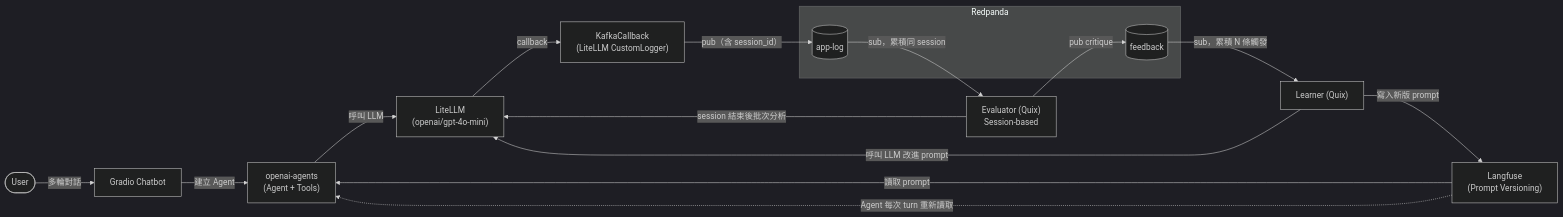
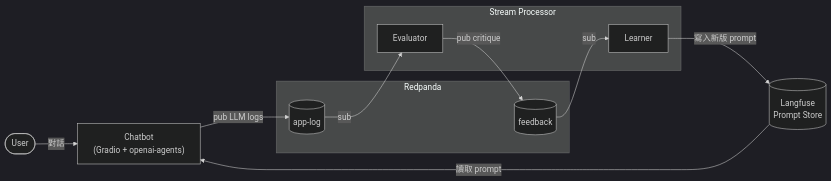
Before and after one commit to zhowzeng/flywheel: the first of 2 diagrams in docs/plan.md, drawn with Mermaid (dark theme).

Commit message:
refactor: update flowchart in POC plan for improved clarity and structure

````diff
--- a/docs/plan.md
+++ b/docs/plan.md
@@ -13,34 +13,26 @@
 ```mermaid
 flowchart LR
     User(["User"])
-    UI["Gradio Chatbot"]
-    Agent["openai-agents\n(Agent + Tools)"]
-    LLM["LiteLLM\n(openai/gpt-4o-mini)"]
-    CB["KafkaCallback\n(LiteLLM CustomLogger)"]
-    LF["Langfuse\n(Prompt Versioning)"]
 
-    subgraph Redpanda
+    Chatbot["Chatbot\n(Gradio + openai-agents)"]
+
+    Langfuse[("Langfuse\nPrompt Store")]
+
+    subgraph Redpanda["Redpanda"]
         AL[("app-log")]
         FB[("feedback")]
     end
 
-    EV["Evaluator (Quix)\nSession-based"]
-    LR["Learner (Quix)"]
+    subgraph StreamProcessor["Stream Processor"]
+        EV["Evaluator"]
+        LR["Learner"]
+    end
 
-    User -->|多輪對話| UI
-    UI -->|建立 Agent| Agent
-    LF -->|讀取 prompt| Agent
-    Agent -->|呼叫 LLM| LLM
-    LLM -->|callback| CB
-    CB -->|pub（含 session_id）| AL
-
-    AL -->|sub，累積同 session| EV
-    EV -->|session 結束後批次分析| LLM
-    EV -->|pub critique| FB
-
-    FB -->|sub，累積 N 條觸發| LR
-    LR -->|呼叫 LLM 改進 prompt| LLM
-    LR -->|寫入新版 prompt| LF
-
-    LF -.->|Agent 每次 turn 重新讀取| Agent
+    User -->|"對話"| Chatbot
+    Chatbot -->|"pub LLM logs"| AL
+    AL -->|"sub"| EV
+    EV -->|"pub critique"| FB
+    FB -->|"sub"| LR
+    LR -->|"寫入新版 prompt"| Langfuse
+    Langfuse -->|"讀取 prompt"| Chatbot
 ```
````
